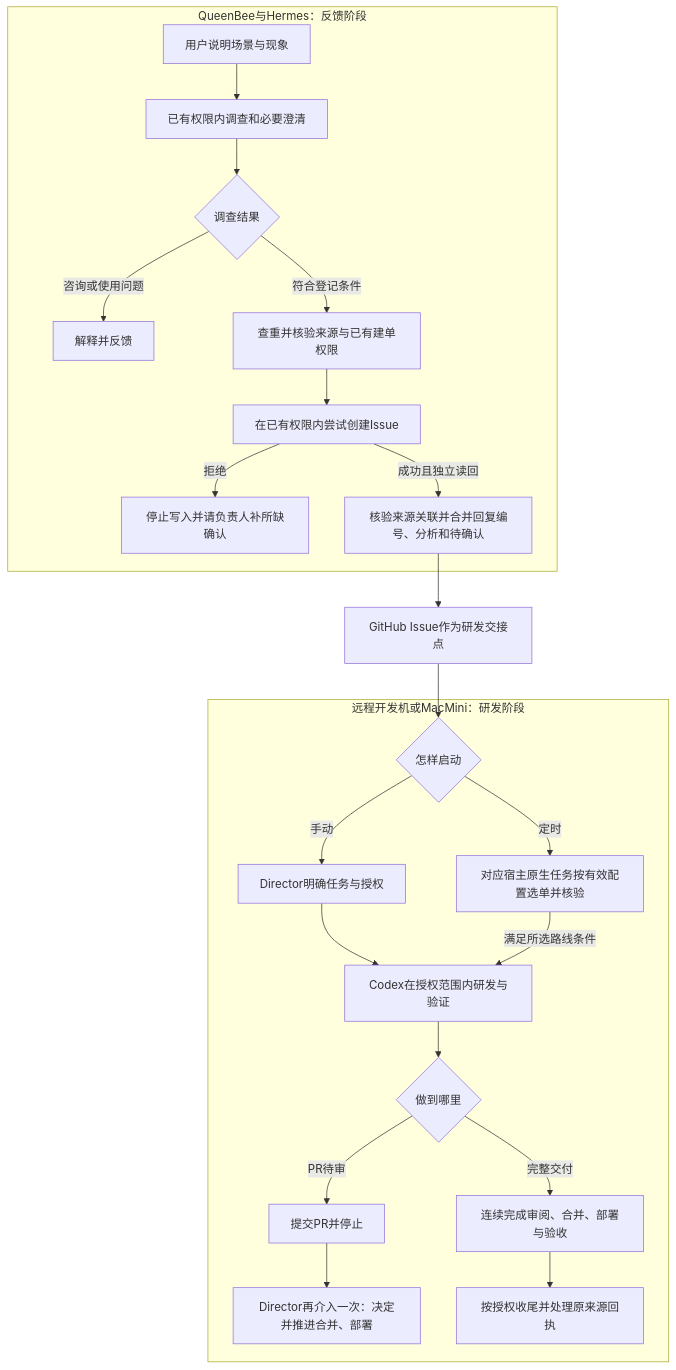
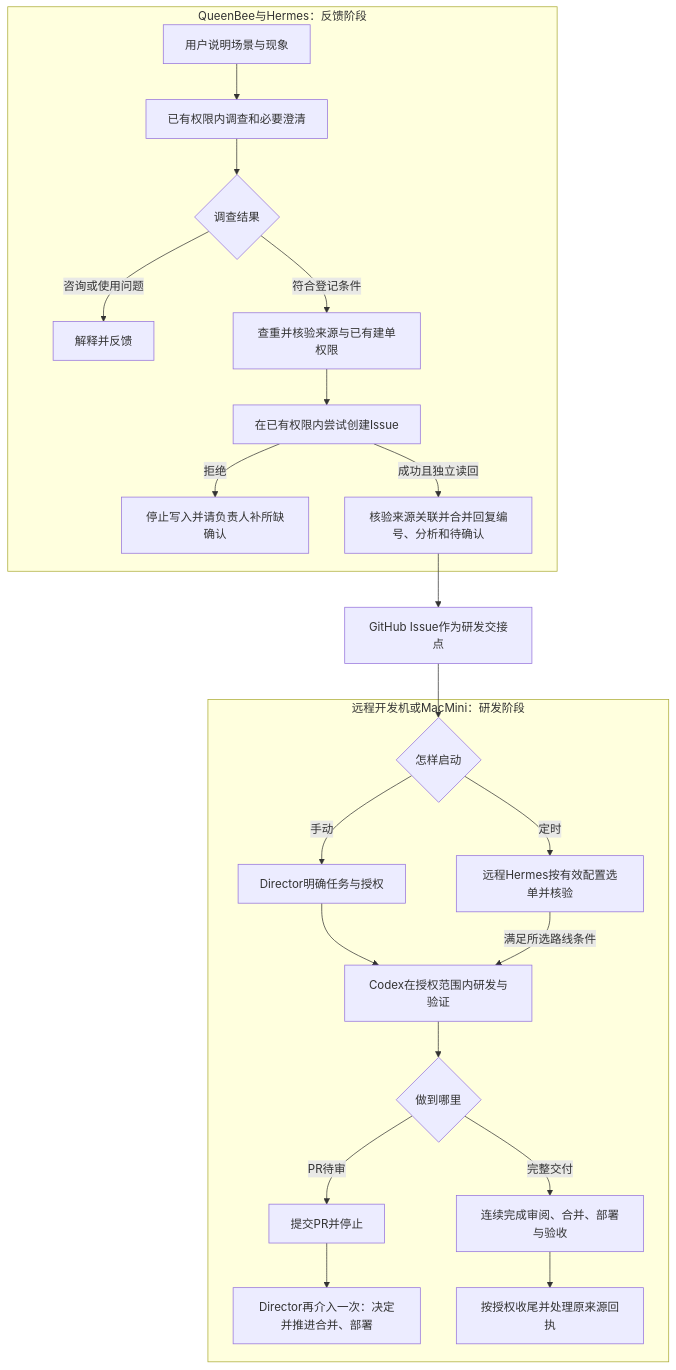
Before and after one commit to xiiiblue/hive-flow: the diagram in docs/11-手册/05-自动化手册/03-流程总览：一条反馈怎样走到交付.md, drawn with Mermaid. The commit also changed other lines of this file and 22 other files, not shown here.

````diff
--- a/docs/11-手册/05-自动化手册/03-流程总览：一条反馈怎样走到交付.md
+++ b/docs/11-手册/05-自动化手册/03-流程总览：一条反馈怎样走到交付.md
@@ -17,26 +17,26 @@
 ```mermaid
 flowchart TD
   subgraph INTAKE[QueenBee与Hermes：反馈阶段]
     A[用户说明场景与现象] --> B[已有权限内调查和必要澄清]
     B --> C{调查结果}
     C -->|咨询或使用问题| D[解释并反馈]
     C -->|符合登记条件| E[查重并核验来源与已有建单权限]
     E --> E1[在已有权限内尝试创建Issue]
     E1 -->|拒绝| E2[停止写入并请负责人补所缺确认]
     E1 -->|成功且独立读回| F[核验来源关联并合并回复编号、分析和待确认]
   end
   F --> I[GitHub Issue作为研发交接点]
   subgraph DEV[远程开发机或MacMini：研发阶段]
     S{怎样启动}
     S -->|手动| H[Director明确任务与授权]
-    S -->|定时| T[对应宿主原生任务按有效配置选单并核验]
+    S -->|定时| T[远程Hermes按有效配置选单并核验]
     H --> J[Codex在授权范围内研发与验证]
     T -->|满足所选路线条件| J
     J --> K{做到哪里}
     K -->|PR待审| L[提交PR并停止]
     L --> P[Director再介入一次：决定并推进合并、部署]
     K -->|完整交付| M[连续完成审阅、合并、部署与验收]
     M --> N[按授权收尾并处理原来源回执]
   end
   I --> S
 ```
````
